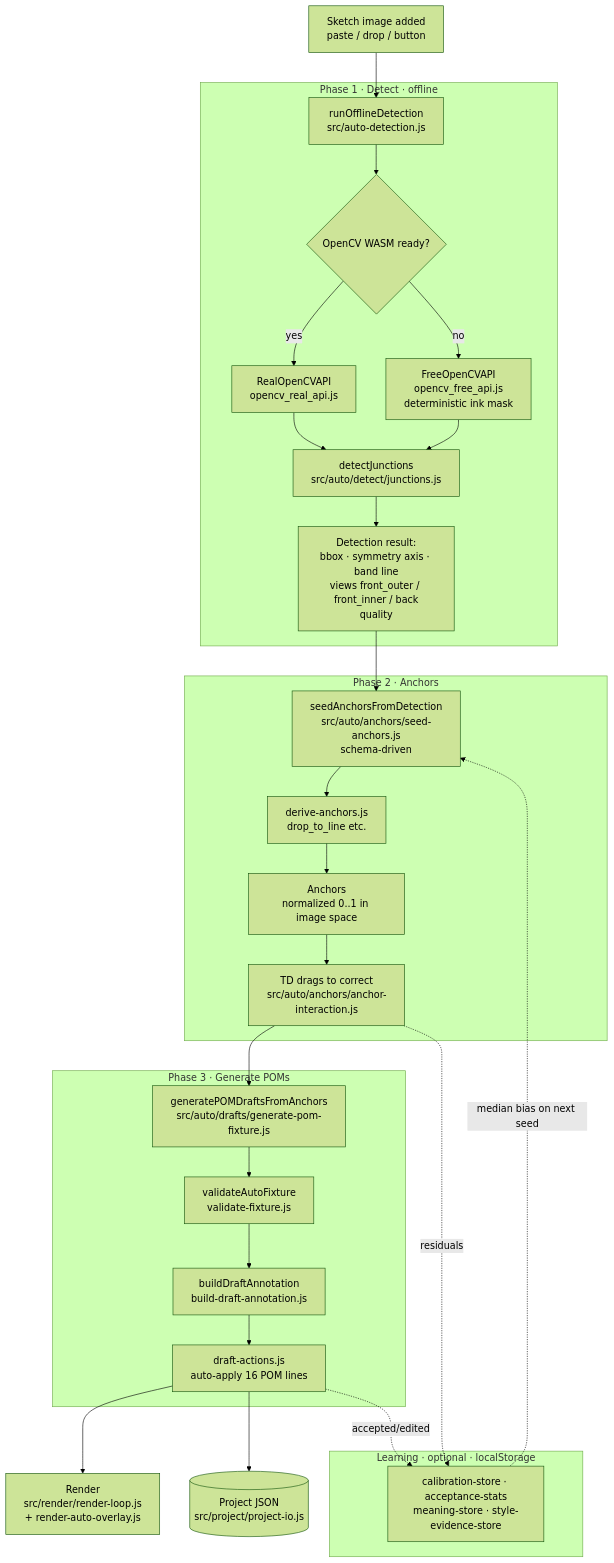
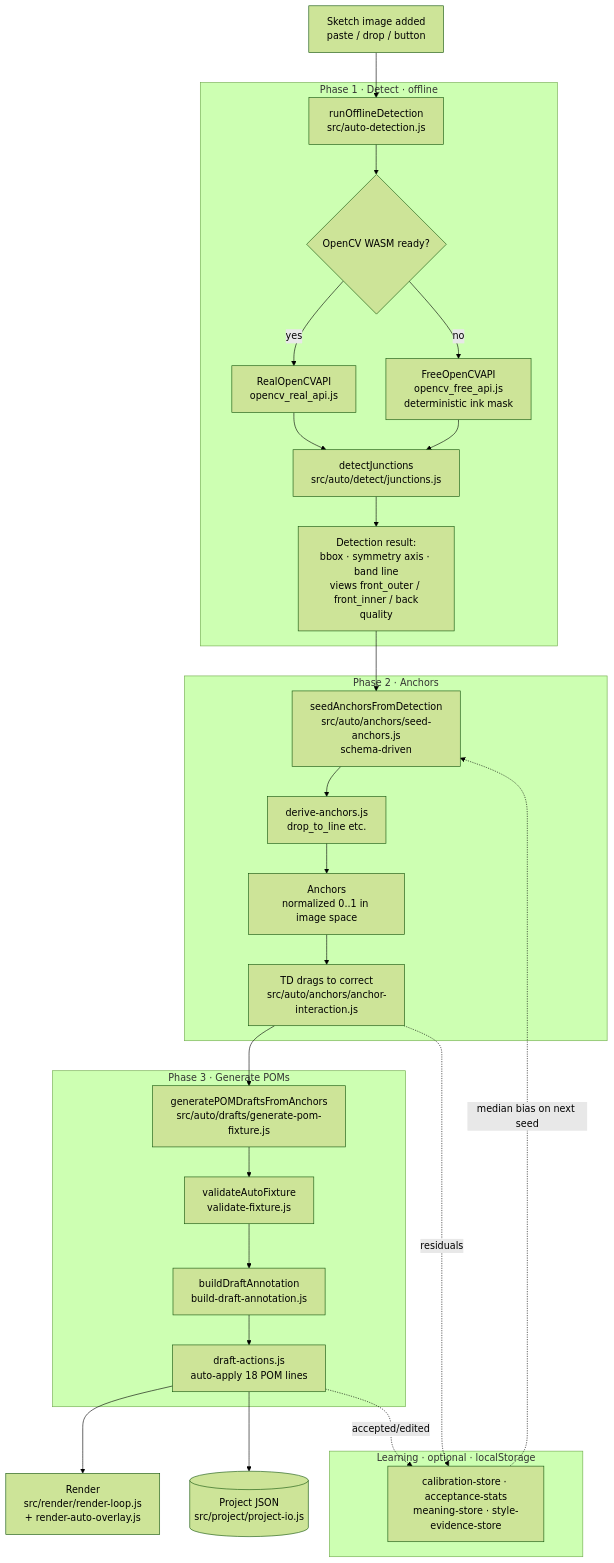
Before and after one commit to Adrian9596/Auto-POMs: the diagram in ARCHITECTURE.md, drawn with Mermaid (forest theme). The commit also changed other lines of this file and 136 other files, not shown here.

First line of the commit message:
docs: catch up architecture, decisions, and story records (US-011..US-085)

````diff
--- a/ARCHITECTURE.md
+++ b/ARCHITECTURE.md
@@ -41,39 +41,39 @@
 ```mermaid
 flowchart TD
     IMG[Sketch image added\npaste / drop / button] --> DET
 
     subgraph P1[Phase 1 · Detect · offline]
         DET[runOfflineDetection\nsrc/auto-detection.js] --> CV{OpenCV WASM ready?}
         CV -- yes --> REAL[RealOpenCVAPI\nopencv_real_api.js]
         CV -- no --> FREE[FreeOpenCVAPI\nopencv_free_api.js\ndeterministic ink mask]
         REAL --> JUNC[detectJunctions\nsrc/auto/detect/junctions.js]
         FREE --> JUNC
         JUNC --> DRES[Detection result:\nbbox · symmetry axis · band line\nviews front_outer / front_inner / back\nquality]
     end
 
     DRES --> SEED
 
     subgraph P2[Phase 2 · Anchors]
         SEED[seedAnchorsFromDetection\nsrc/auto/anchors/seed-anchors.js\nschema-driven] --> DERIVE[derive-anchors.js\ndrop_to_line etc.]
         DERIVE --> ANCH[Anchors\nnormalized 0..1 in image space]
         ANCH --> DRAG[TD drags to correct\nsrc/auto/anchors/anchor-interaction.js]
     end
 
     DRAG --> GEN
 
     subgraph P3[Phase 3 · Generate POMs]
         GEN[generatePOMDraftsFromAnchors\nsrc/auto/drafts/generate-pom-fixture.js] --> VAL[validateAutoFixture\nvalidate-fixture.js]
         VAL --> BUILD[buildDraftAnnotation\nbuild-draft-annotation.js]
-        BUILD --> APPLY[draft-actions.js\nauto-apply 16 POM lines]
+        BUILD --> APPLY[draft-actions.js\nauto-apply 18 POM lines]
     end
 
     APPLY --> RENDER[Render\nsrc/render/render-loop.js\n+ render-auto-overlay.js]
     APPLY --> SAVE[(Project JSON\nsrc/project/project-io.js)]
 
     DRAG -. residuals .-> LEARN
     APPLY -. accepted/edited .-> LEARN
     subgraph L[Learning · optional · localStorage]
         LEARN[calibration-store · acceptance-stats\nmeaning-store · style-evidence-store]
     end
     LEARN -. median bias on next seed .-> SEED
 ```
````
